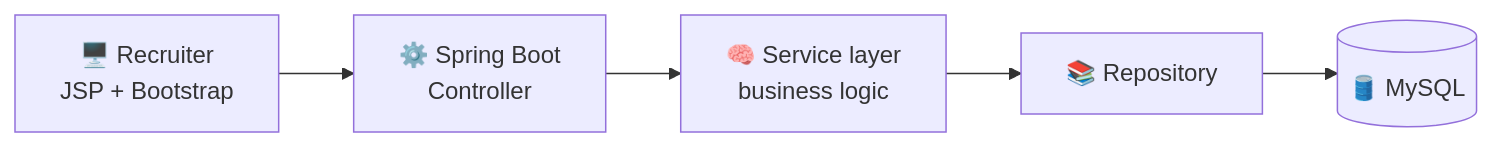
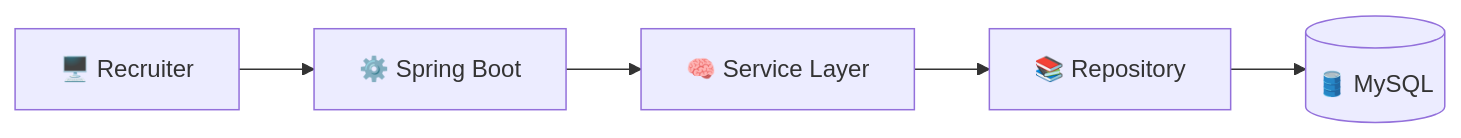
Before and after one commit to neerajsait/neerajsait: the second of 5 diagrams in README.md, drawn with Mermaid. The commit also changed other lines of this file, not shown here.

````diff
--- a/README.md
+++ b/README.md
@@ -77,7 +104,7 @@
 ```mermaid
 flowchart LR
-    A["🖥️ Recruiter<br/>JSP + Bootstrap"] --> B["⚙️ Spring Boot<br/>Controller"]
-    B --> C["🧠 Service layer<br/>business logic"]
+    A["🖥️ Recruiter"] --> B["⚙️ Spring Boot"]
+    B --> C["🧠 Service Layer"]
     C --> D["📚 Repository"]
     D --> E[("🛢️ MySQL")]
 ```
````
